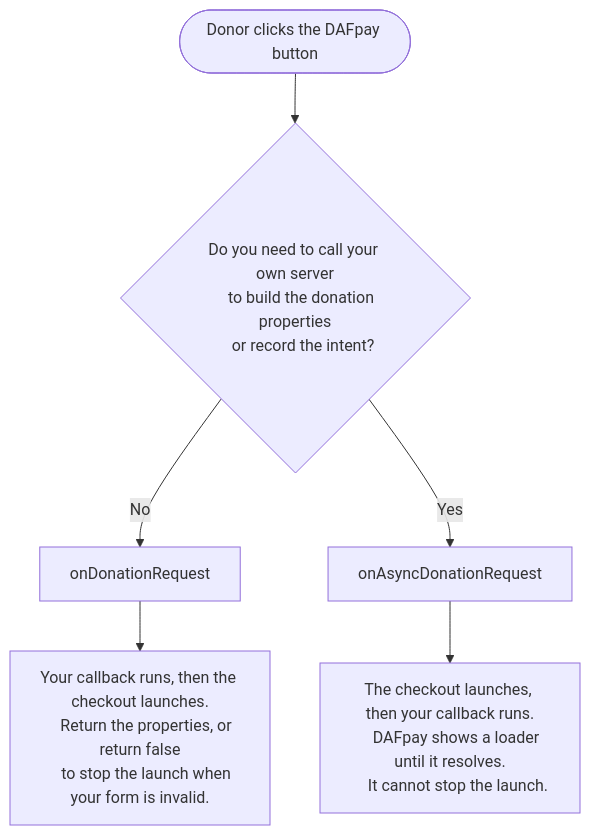
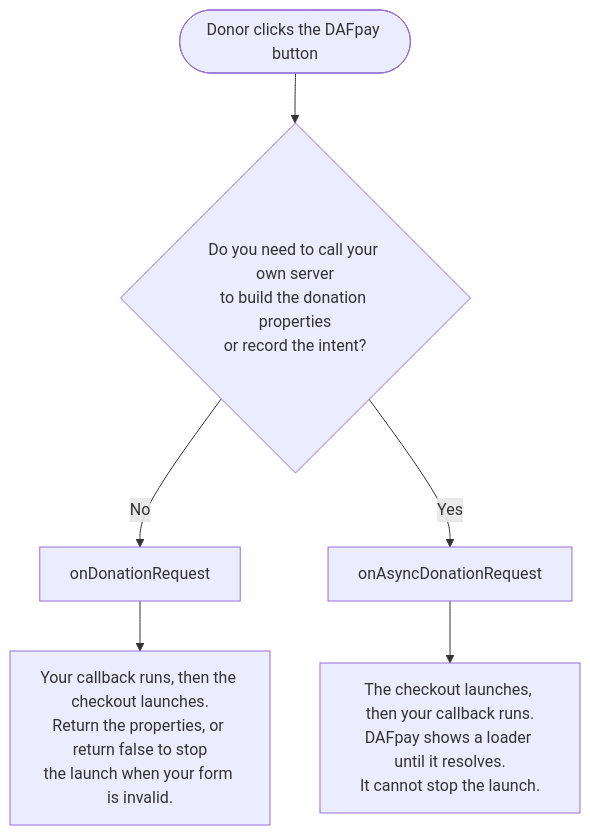
One commit to chariot-giving/chariot-openapi changed the diagram in fern/versions/v2026-04-01/pages/dafpay/accept/adding-dafpay.mdx. Above: the diagram before and after it, drawn with Mermaid.

Commit message:
docs(dafpay): fix the diagram's line breaks
Mermaid read the literal newlines inside the labels as new nodes, so the
first render had stray boxes reading 'or', 'Return' and 'to'. Labels are
quoted and broken with <br/>.

````diff
--- a/fern/versions/v2026-04-01/pages/dafpay/accept/adding-dafpay.mdx
+++ b/fern/versions/v2026-04-01/pages/dafpay/accept/adding-dafpay.mdx
@@ -122,14 +122,8 @@
 ```mermaid
 flowchart TD
-    A([Donor clicks the DAFpay button]) --> B{Do you need to call your own server
-    to build the donation properties
-    or record the intent?}
-    B -->|No| C[onDonationRequest]
-    B -->|Yes| D[onAsyncDonationRequest]
-    C --> C1[Your callback runs, then the checkout launches.
-    Return the properties, or return false
-    to stop the launch when your form is invalid.]
-    D --> D1[The checkout launches, then your callback runs.
-    DAFpay shows a loader until it resolves.
-    It cannot stop the launch.]
+    A(["Donor clicks the DAFpay button"]) --> B{"Do you need to call your own server<br/>to build the donation properties<br/>or record the intent?"}
+    B -->|No| C["onDonationRequest"]
+    B -->|Yes| D["onAsyncDonationRequest"]
+    C --> C1["Your callback runs, then the checkout launches.<br/>Return the properties, or return false to stop<br/>the launch when your form is invalid."]
+    D --> D1["The checkout launches, then your callback runs.<br/>DAFpay shows a loader until it resolves.<br/>It cannot stop the launch."]
 ```
````
